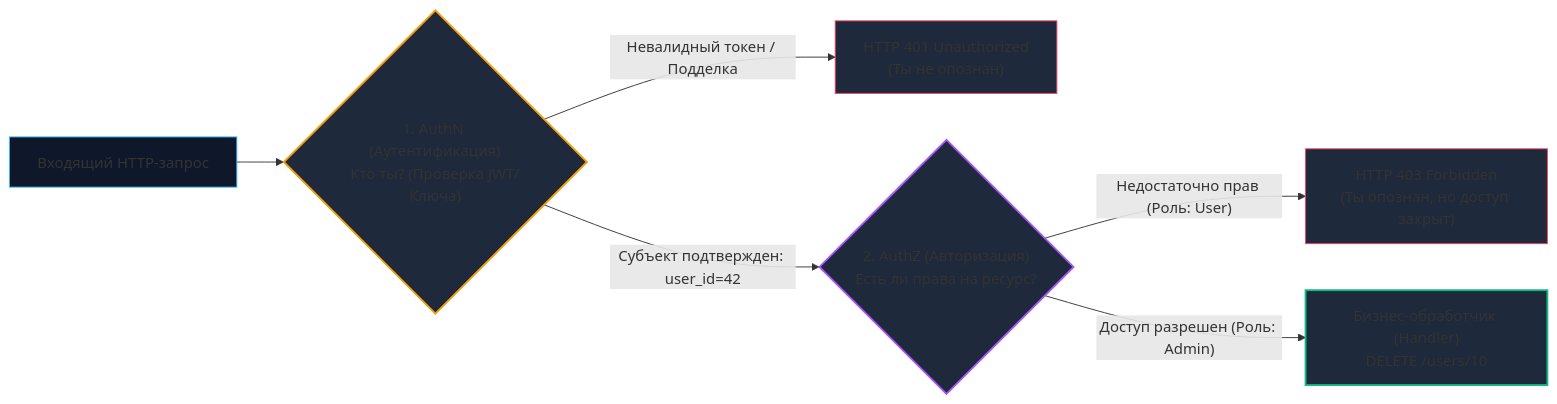
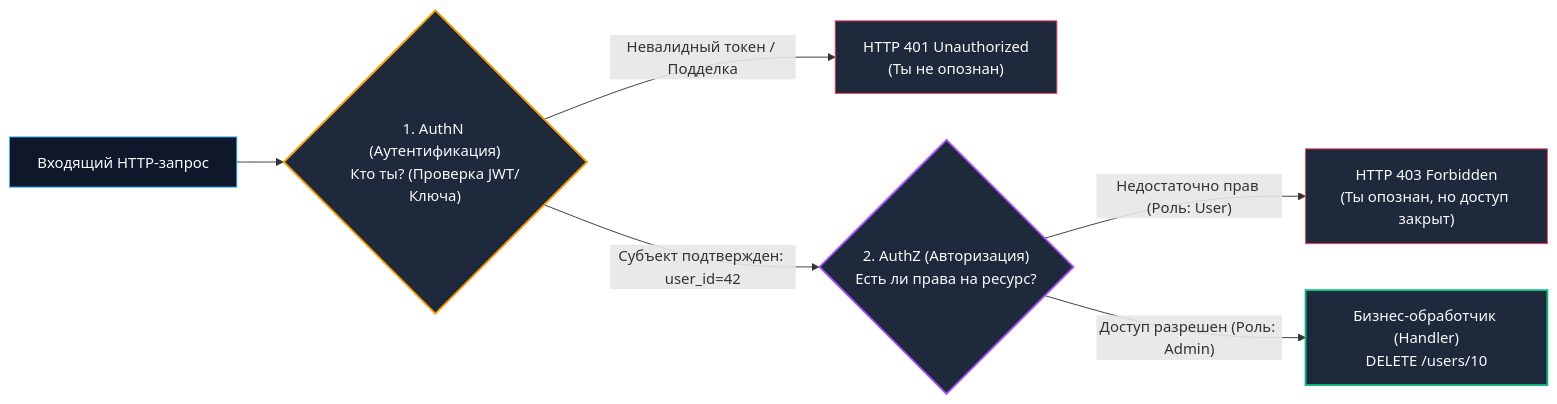
One commit to UnrealTemplier/go-textbook changed the first of 2 diagrams in sources/10. Проектирование API и Сетевые протоколы/28. Security API. Auth, OAuth2.md. Above: the diagram before and after it, drawn with Mermaid. The commit also changed 310 other files, not shown here.

First line of the commit message:
fix(mermaid): replace light fill colors with dark palette for readability on dark theme

````diff
--- a/sources/10. Проектирование API и Сетевые протоколы/28. Security API. Auth, OAuth2.md
+++ b/sources/10. Проектирование API и Сетевые протоколы/28. Security API. Auth, OAuth2.md
@@ -26,17 +26,17 @@
 ```mermaid
 flowchart LR
     Req["Входящий HTTP-запрос"] --> AuthN{"1. AuthN (Аутентификация)<br>Кто ты? (Проверка JWT/Ключа)"}
     
     AuthN -- "Невалидный токен / Подделка" --> R401["HTTP 401 Unauthorized<br>(Ты не опознан)"]
     AuthN -- "Субъект подтвержден: user_id=42" --> AuthZ{"2. AuthZ (Авторизация)<br>Есть ли права на ресурс?"}
     
     AuthZ -- "Недостаточно прав (Роль: User)" --> R403["HTTP 403 Forbidden<br>(Ты опознан, но доступ закрыт)"]
     AuthZ -- "Доступ разрешен (Роль: Admin)" --> Handler["Бизнес-обработчик (Handler)<br>DELETE /users/10"]
 
-    style Req fill:#0f172a,stroke:#38bdf8,stroke-width:1px
-    style AuthN fill:#1e293b,stroke:#f59e0b,stroke-width:2px
-    style AuthZ fill:#1e293b,stroke:#a855f7,stroke-width:2px
-    style Handler fill:#1e293b,stroke:#10b981,stroke-width:2px
-    style R401 fill:#1e293b,stroke:#f43f5e,stroke-width:1px
-    style R403 fill:#1e293b,stroke:#f43f5e,stroke-width:1px
+    style Req fill:#0f172a,stroke:#38bdf8,stroke-width:1px,color:#f8fafc
+    style AuthN fill:#1e293b,stroke:#f59e0b,stroke-width:2px,color:#f8fafc
+    style AuthZ fill:#1e293b,stroke:#a855f7,stroke-width:2px,color:#f8fafc
+    style Handler fill:#1e293b,stroke:#10b981,stroke-width:2px,color:#f8fafc
+    style R401 fill:#1e293b,stroke:#f43f5e,stroke-width:1px,color:#f8fafc
+    style R403 fill:#1e293b,stroke:#f43f5e,stroke-width:1px,color:#f8fafc
 ```
````
